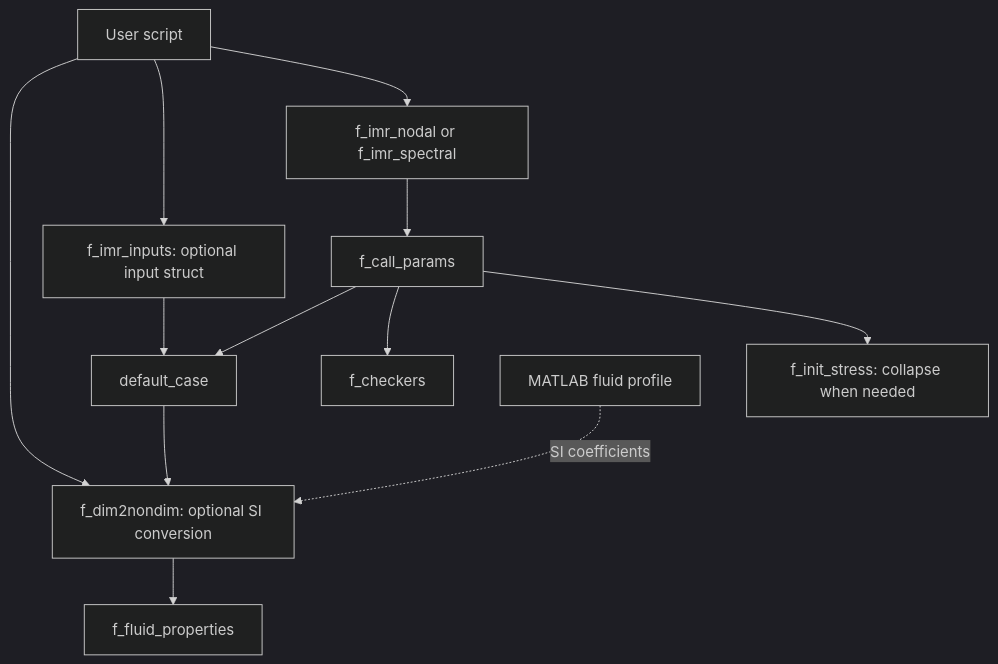
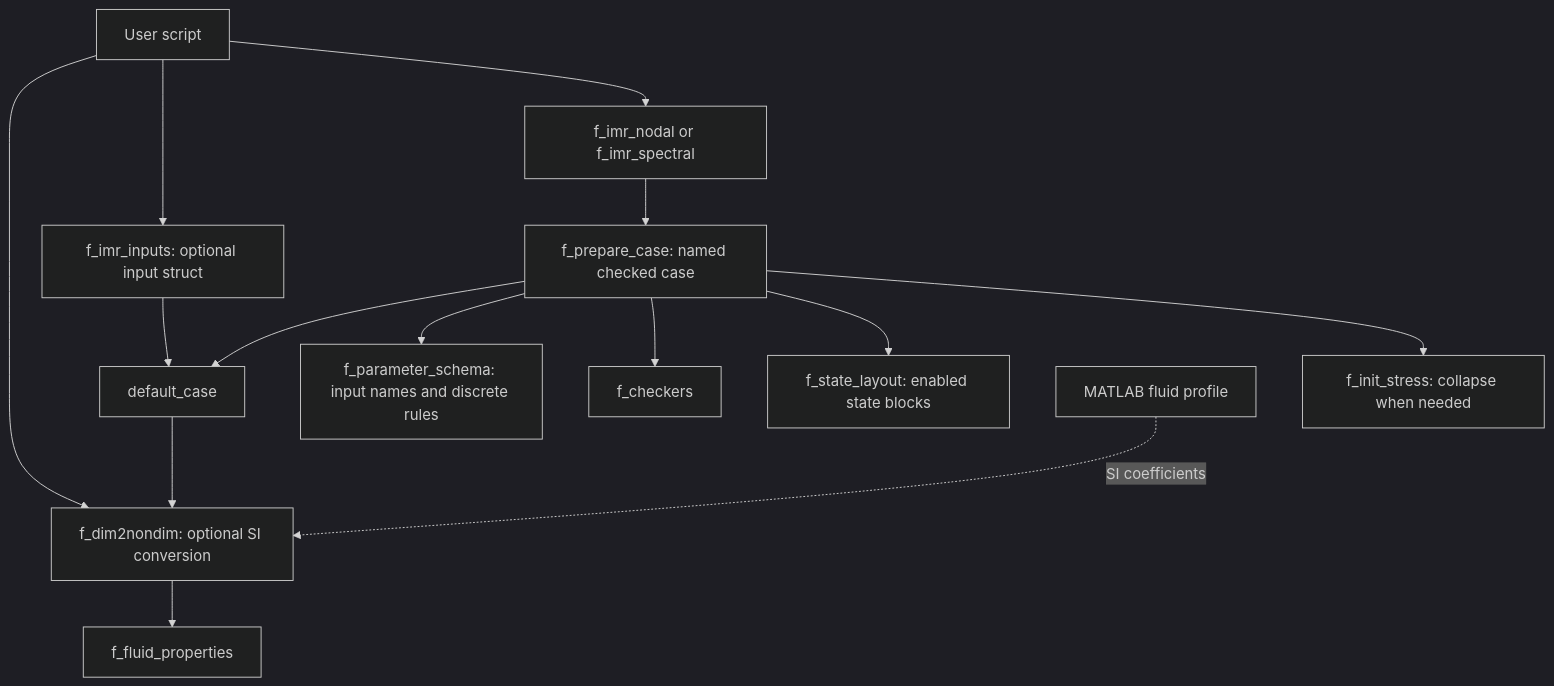
One commit to ComputationalFlowGroup/IMRv2 changed the second of 3 diagrams in docs/reference/code-map.md. Above: the diagram before and after it, drawn with Mermaid (dark theme). The commit also changed other lines of this file and 34 other files, not shown here.

````diff
--- a/docs/reference/code-map.md
+++ b/docs/reference/code-map.md
@@ -31,14 +25,16 @@
 ```mermaid
 flowchart TD
   User[User script] --> SI[f_dim2nondim: optional SI conversion]
   User --> Public[f_imr_inputs: optional input struct]
   User --> Solver[f_imr_nodal or f_imr_spectral]
   Public --> Defaults[default_case]
-  Solver --> Parser[f_call_params]
+  Solver --> Parser[f_prepare_case: named checked case]
   Parser --> Defaults
+  Parser --> Schema[f_parameter_schema: input names and discrete rules]
   Parser --> Check[f_checkers]
+  Parser --> Layout[f_state_layout: enabled state blocks]
   Parser --> Init[f_init_stress: collapse when needed]
   Defaults --> SI
   Profile[MATLAB fluid profile] -. SI coefficients .-> SI
   SI --> Properties[f_fluid_properties]
 ```
````
